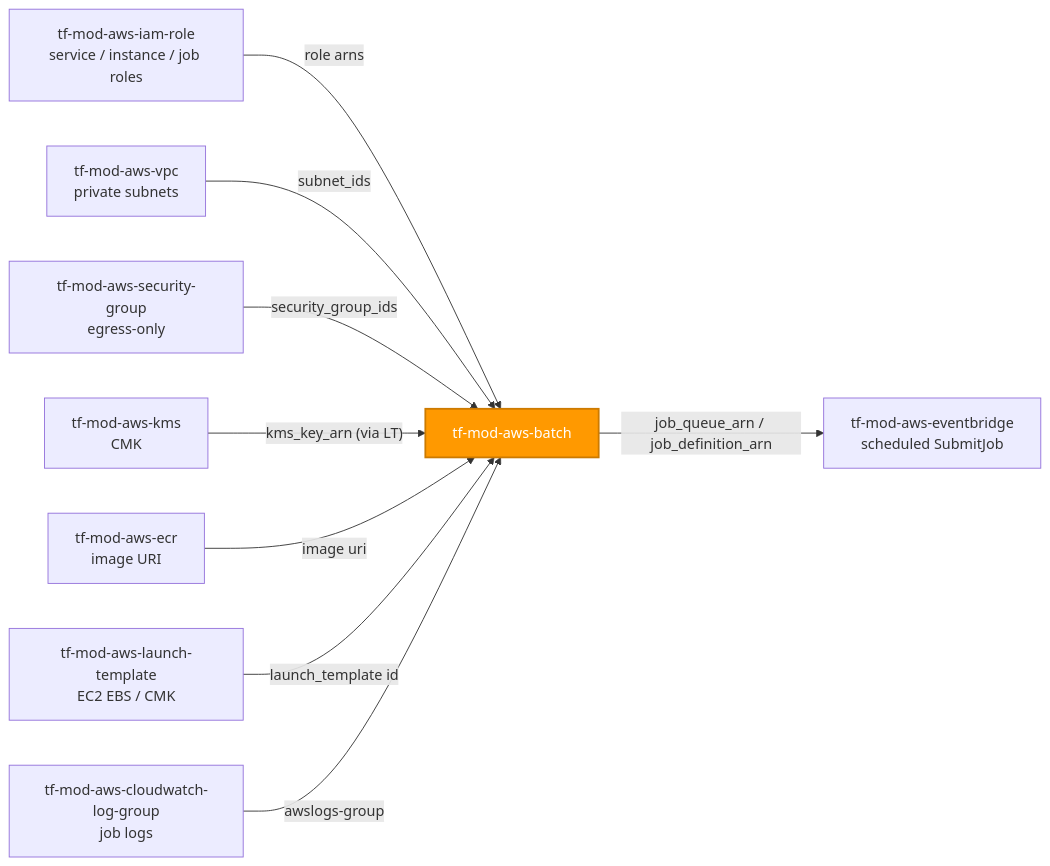
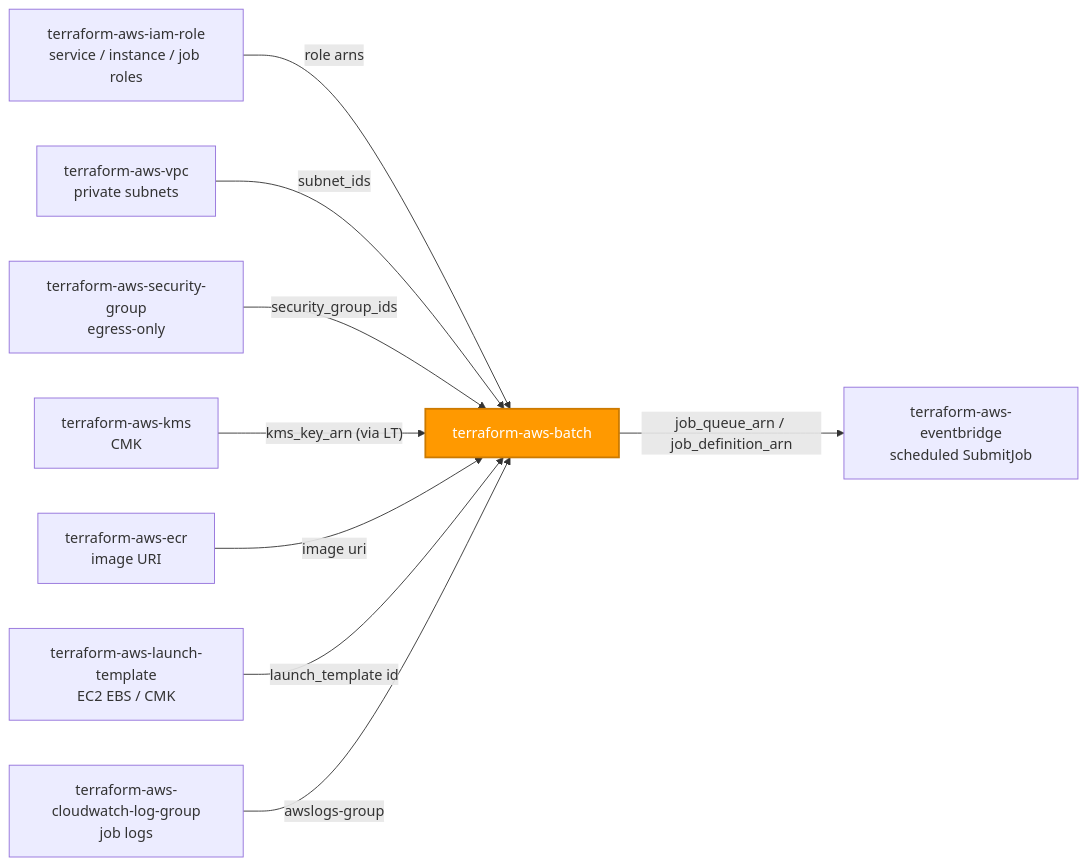
Before and after one commit to microsoftexpert/terraform-aws-batch: the first of 2 diagrams in README.md, drawn with Mermaid. The commit also changed other lines of this file and 2 other files, not shown here.

````diff
--- a/README.md
+++ b/README.md
@@ -42,23 +42,23 @@
 ```mermaid
 flowchart LR
- iam["tf-mod-aws-iam-role<br/>service / instance / job roles"]
- vpc["tf-mod-aws-vpc<br/>private subnets"]
- sg["tf-mod-aws-security-group<br/>egress-only"]
- kms["tf-mod-aws-kms<br/>CMK"]
- ecr["tf-mod-aws-ecr<br/>image URI"]
- lt["tf-mod-aws-launch-template<br/>EC2 EBS / CMK"]
- log["tf-mod-aws-cloudwatch-log-group<br/>job logs"]
- batch["tf-mod-aws-batch"]
- evb["tf-mod-aws-eventbridge<br/>scheduled SubmitJob"]
+ iam["terraform-aws-iam-role<br/>service / instance / job roles"]
+ vpc["terraform-aws-vpc<br/>private subnets"]
+ sg["terraform-aws-security-group<br/>egress-only"]
+ kms["terraform-aws-kms<br/>CMK"]
+ ecr["terraform-aws-ecr<br/>image URI"]
+ lt["terraform-aws-launch-template<br/>EC2 EBS / CMK"]
+ log["terraform-aws-cloudwatch-log-group<br/>job logs"]
+ batch["terraform-aws-batch"]
+ evb["terraform-aws-eventbridge<br/>scheduled SubmitJob"]
 
  iam -->|"role arns"| batch
  vpc -->|"subnet_ids"| batch
  sg -->|"security_group_ids"| batch
  kms -->|"kms_key_arn (via LT)"| batch
  ecr -->|"image uri"| batch
  lt -->|"launch_template id"| batch
  log -->|"awslogs-group"| batch
  batch -->|"job_queue_arn / job_definition_arn"| evb
 
  style batch fill:#FF9900,color:#fff,stroke:#cc7a00,stroke-width:2px
 ```
````
